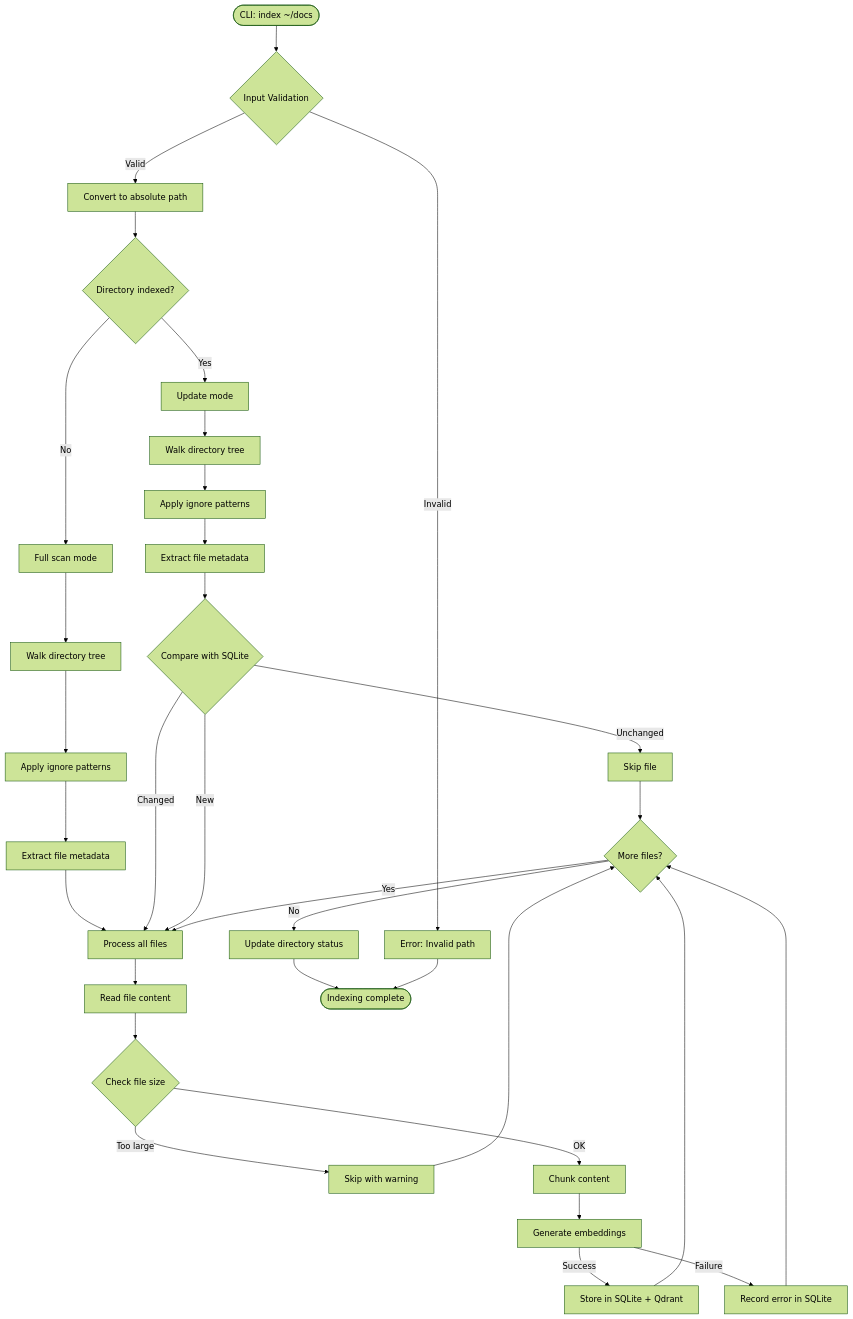
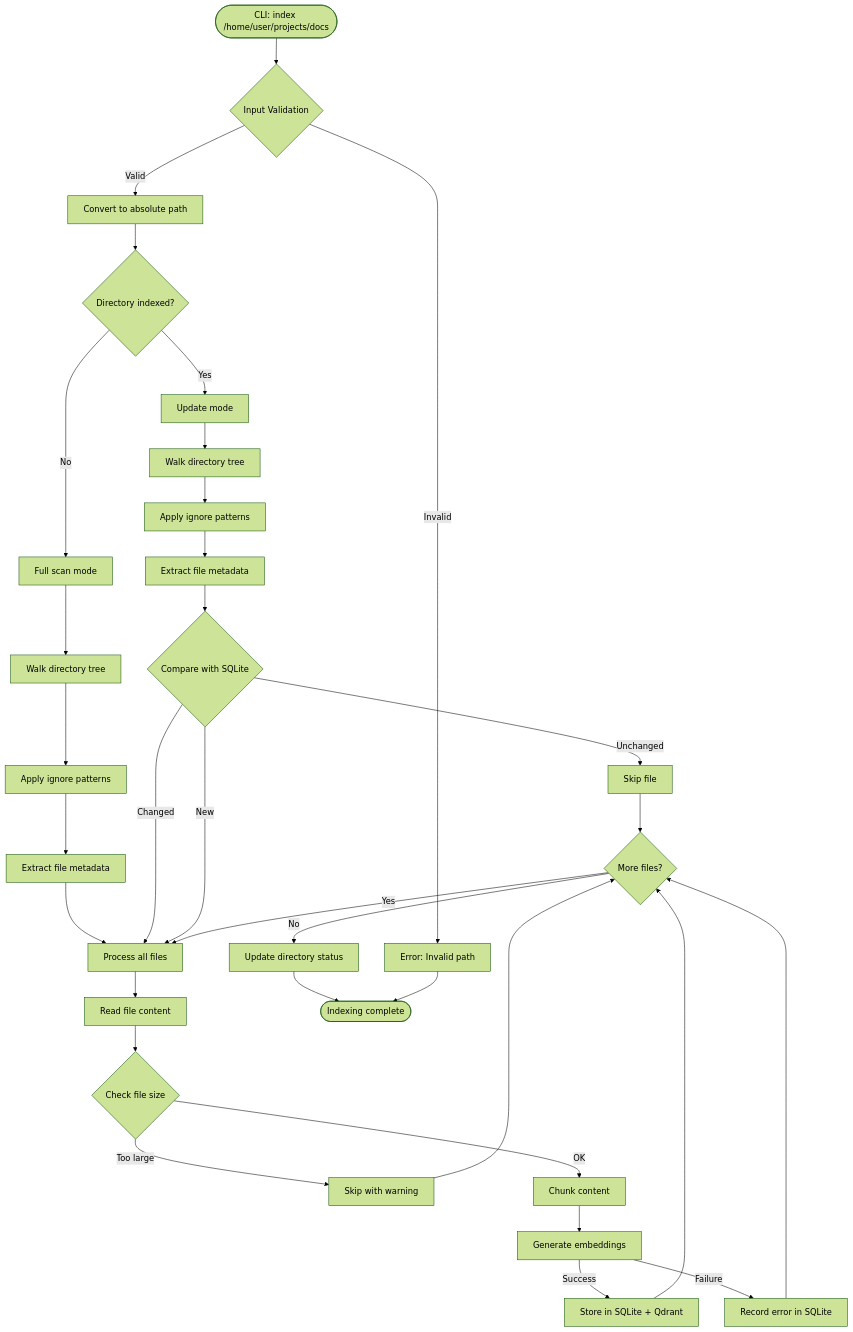
The third of 9 diagrams in docs/designs/flows.md (peteretelej/directory-indexer), drawn with Mermaid (forest theme) before and after one commit. The commit also changed other lines of this file and 7 other files, not shown here.

````diff
--- a/docs/designs/flows.md
+++ b/docs/designs/flows.md
@@ -50,46 +69,46 @@
 ```mermaid
 flowchart TD
-    START([CLI: index ~/docs]) --> VALIDATE{Input Validation}
+    START([CLI: index /home/user/projects/docs]) --> VALIDATE{Input Validation}
     VALIDATE -->|Invalid| ERROR1[Error: Invalid path]
     VALIDATE -->|Valid| CONVERT[Convert to absolute path]
     
     CONVERT --> CHECK{Directory indexed?}
     CHECK -->|Yes| UPDATE[Update mode]
     CHECK -->|No| SCAN[Full scan mode]
     
     UPDATE --> WALK1[Walk directory tree]
     SCAN --> WALK2[Walk directory tree]
     
     WALK1 --> FILTER1[Apply ignore patterns]
     WALK2 --> FILTER2[Apply ignore patterns]
     
     FILTER1 --> META1[Extract file metadata]
     FILTER2 --> META2[Extract file metadata]
     
     META1 --> COMPARE{Compare with SQLite}
     META2 --> PROCESS[Process all files]
     
     COMPARE -->|Unchanged| SKIP[Skip file]
     COMPARE -->|Changed| PROCESS
     COMPARE -->|New| PROCESS
     
     PROCESS --> READ[Read file content]
     READ --> SIZE{Check file size}
     SIZE -->|Too large| SKIP2[Skip with warning]
     SIZE -->|OK| CHUNK[Chunk content]
     
     CHUNK --> EMBED[Generate embeddings]
     EMBED -->|Success| STORE[Store in SQLite + Qdrant]
     EMBED -->|Failure| ERROR2[Record error in SQLite]
     
     STORE --> NEXT{More files?}
     SKIP --> NEXT
     SKIP2 --> NEXT
     ERROR2 --> NEXT
     
     NEXT -->|Yes| PROCESS
     NEXT -->|No| COMPLETE[Update directory status]
     
     COMPLETE --> END([Indexing complete])
     ERROR1 --> END
 ```
````
